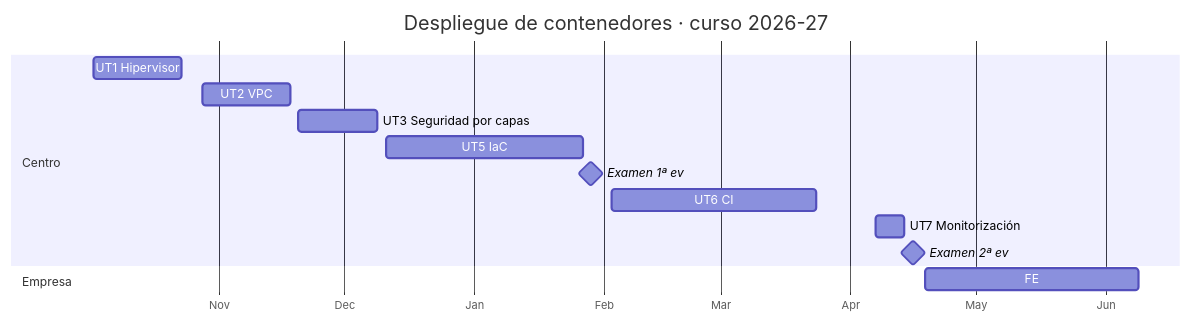
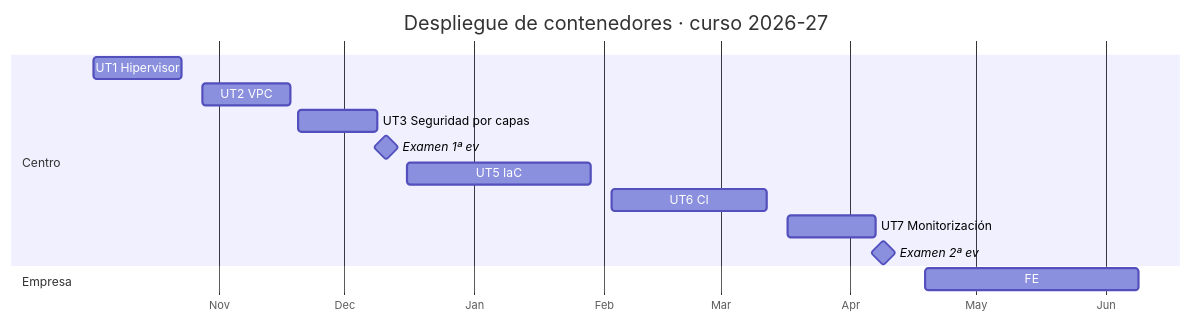
Before and after one commit to victor-educ/apuntes-5166: the diagram in docs/calendario.md, drawn with Mermaid. The commit also changed other lines of this file and 11 other files, not shown here.

````diff
--- a/docs/calendario.md
+++ b/docs/calendario.md
@@ -80,17 +78,17 @@
 ```mermaid
 gantt
     title Despliegue de contenedores · curso 2026-27
     dateFormat  YYYY-MM-DD
     axisFormat  %b
     section Centro
     UT1 Hipervisor            :2026-10-02, 2026-10-23
     UT2 VPC                   :2026-10-28, 2026-11-18
     UT3 Seguridad por capas   :2026-11-20, 2026-12-09
-    UT5 IaC                   :2026-12-11, 2027-01-27
-    Examen 1ª ev              :milestone, 2027-01-29, 0d
-    UT6 CI                    :2027-02-03, 2027-03-24
-    UT7 Monitorización        :2027-04-07, 2027-04-14
-    Examen 2ª ev              :milestone, 2027-04-16, 0d
+    Examen 1ª ev              :milestone, 2026-12-11, 0d
+    UT5 IaC                   :2026-12-16, 2027-01-29
+    UT6 CI                    :2027-02-03, 2027-03-12
+    UT7 Monitorización        :2027-03-17, 2027-04-07
+    Examen 2ª ev              :milestone, 2027-04-09, 0d
     section Empresa
     FE                        :2027-04-19, 2027-06-09
 ```
````
